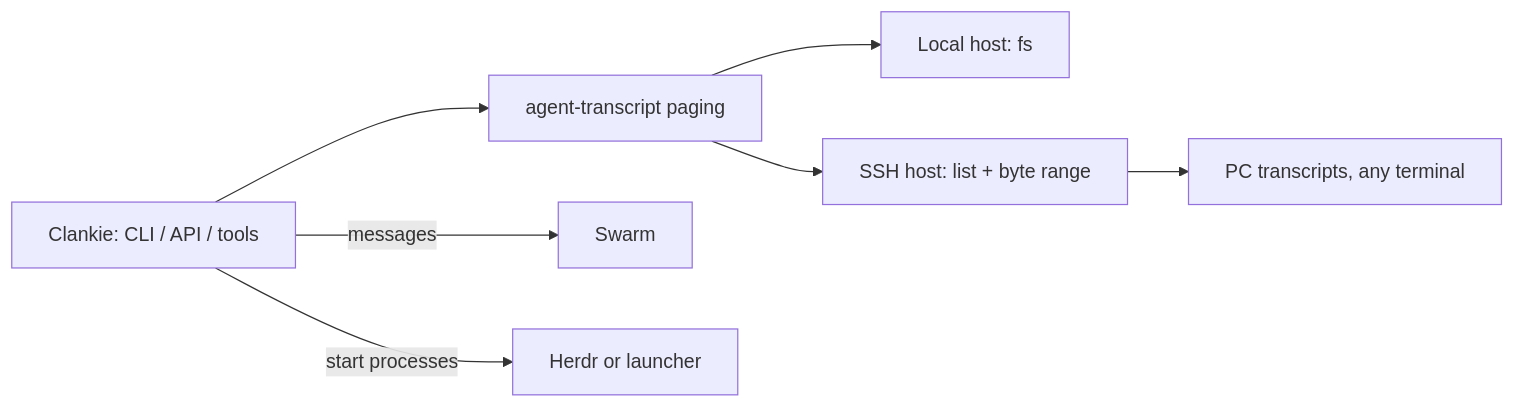
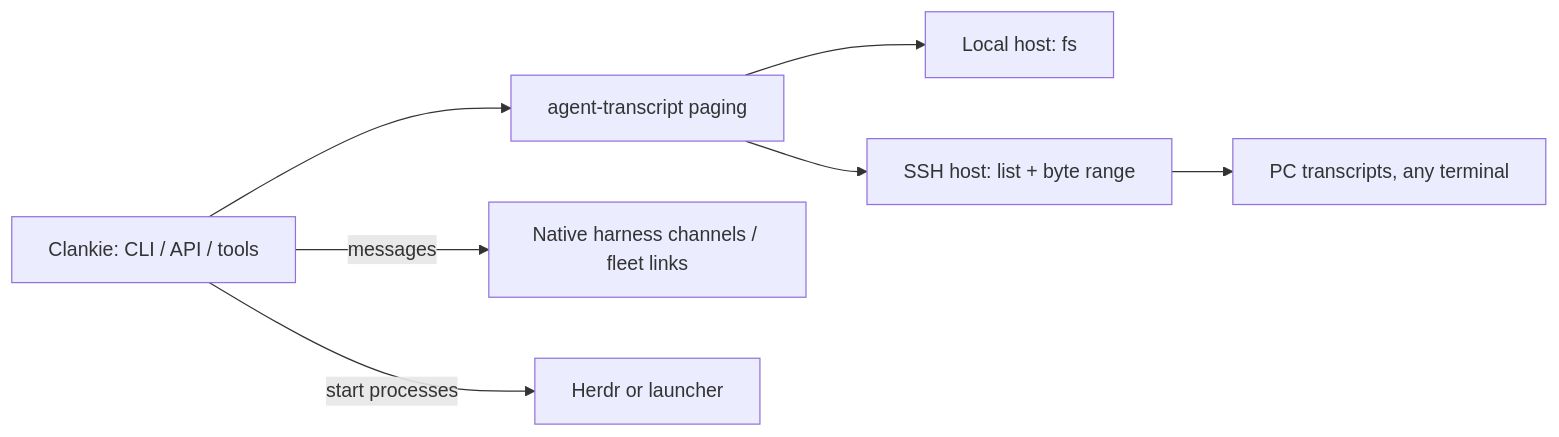
The diagram in docs/adr/0189-agent-sessions-read-from-their-transcripts.md (Volpestyle/clankie), drawn with Mermaid before and after one commit. The commit also changed other lines of this file and 122 other files, not shown here.

Commit message:
Retire Clankie's embedded Swarm and retain native fleet access (VUH-1528)

````diff
--- a/docs/adr/0189-agent-sessions-read-from-their-transcripts.md
+++ b/docs/adr/0189-agent-sessions-read-from-their-transcripts.md
@@ -38,9 +40,9 @@
 ```mermaid
 flowchart LR
   Clankie[Clankie: CLI / API / tools] --> Read[agent-transcript paging]
   Read --> Local[Local host: fs]
   Read --> SSH[SSH host: list + byte range]
   SSH --> PC[PC transcripts, any terminal]
-  Clankie -->|messages| Swarm[Swarm]
+  Clankie -->|messages| Channels[Native harness channels / fleet links]
   Clankie -->|start processes| Launcher[Herdr or launcher]
 ```
````
